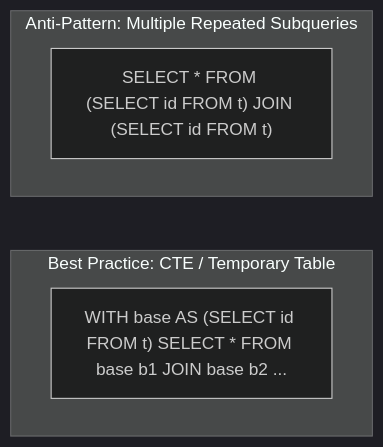
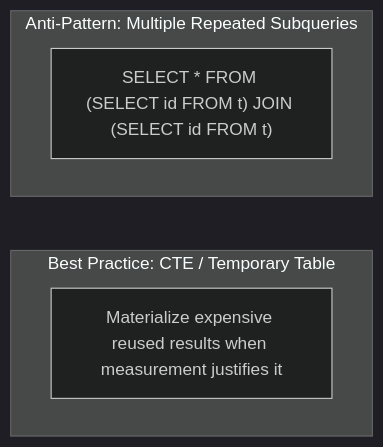
Before and after one commit to Rohit1024/data-engineer: the second of 2 diagrams in docs/lessons/0036-bigquery-finops-slot-reservations.md, drawn with Mermaid (dark theme). The commit also changed other lines of this file and 60 other files, not shown here.

````diff
--- a/docs/lessons/0036-bigquery-finops-slot-reservations.md
+++ b/docs/lessons/0036-bigquery-finops-slot-reservations.md
@@ -105,12 +107,12 @@
 ``` mermaid
 flowchart TD
     subgraph AntiPattern1["Anti-Pattern: Multiple Repeated Subqueries"]
         Q1["SELECT * FROM (SELECT id FROM t) JOIN (SELECT id FROM t)"]
     end
 
     subgraph BestPractice1["Best Practice: CTE / Temporary Table"]
-        Q2["WITH base AS (SELECT id FROM t) SELECT * FROM base b1 JOIN base b2 ..."]
+        Q2["Materialize expensive reused results when measurement justifies it"]
     end
 
     AntiPattern1 ~~~ BestPractice1
 ```
````
